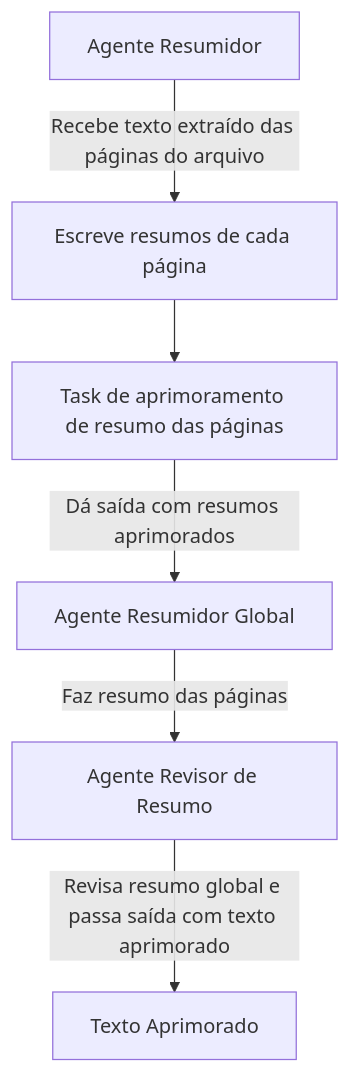
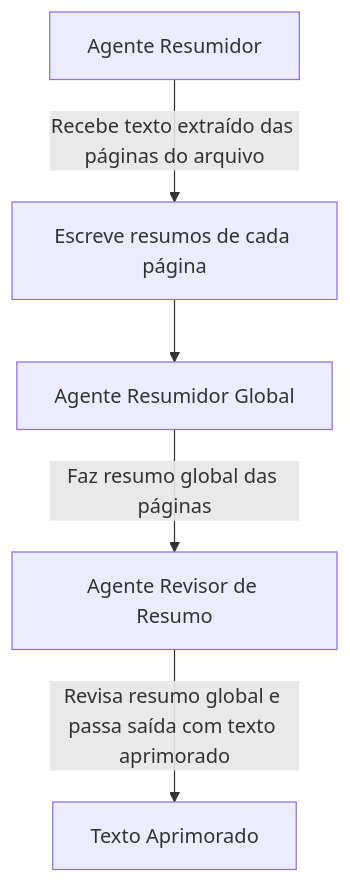
Before and after one commit to souzlays/Experimento_agentes_IA: the diagram in experimentos/2024-06-05_15-29-02/technical_report.md, drawn with Mermaid. The commit also changed other lines of this file, not shown here.

Commit message:
Atualização do technical_report.md

````diff
--- a/experimentos/2024-06-05_15-29-02/technical_report.md
+++ b/experimentos/2024-06-05_15-29-02/technical_report.md
@@ -40,9 +40,8 @@
 ```mermaid
 flowchart TD
     A[Agente Resumidor] -->|Recebe texto extraído das páginas do arquivo| B[Escreve resumos de cada página]
-    B --> C[Task de aprimoramento de resumo das páginas]
-    C -->|Dá saída com resumos aprimorados| D[Agente Resumidor Global]
-    D -->|Faz resumo das páginas| E[Agente Revisor de Resumo]
-    E -->|Revisa resumo global e passa saída com texto aprimorado| F[Texto Aprimorado]
+    B --> C[Agente Resumidor Global]
+    C -->|Faz resumo global das páginas| D[Agente Revisor de Resumo]
+    D -->|Revisa resumo global e passa saída com texto aprimorado| E[Texto Aprimorado]
 
 ```
````
